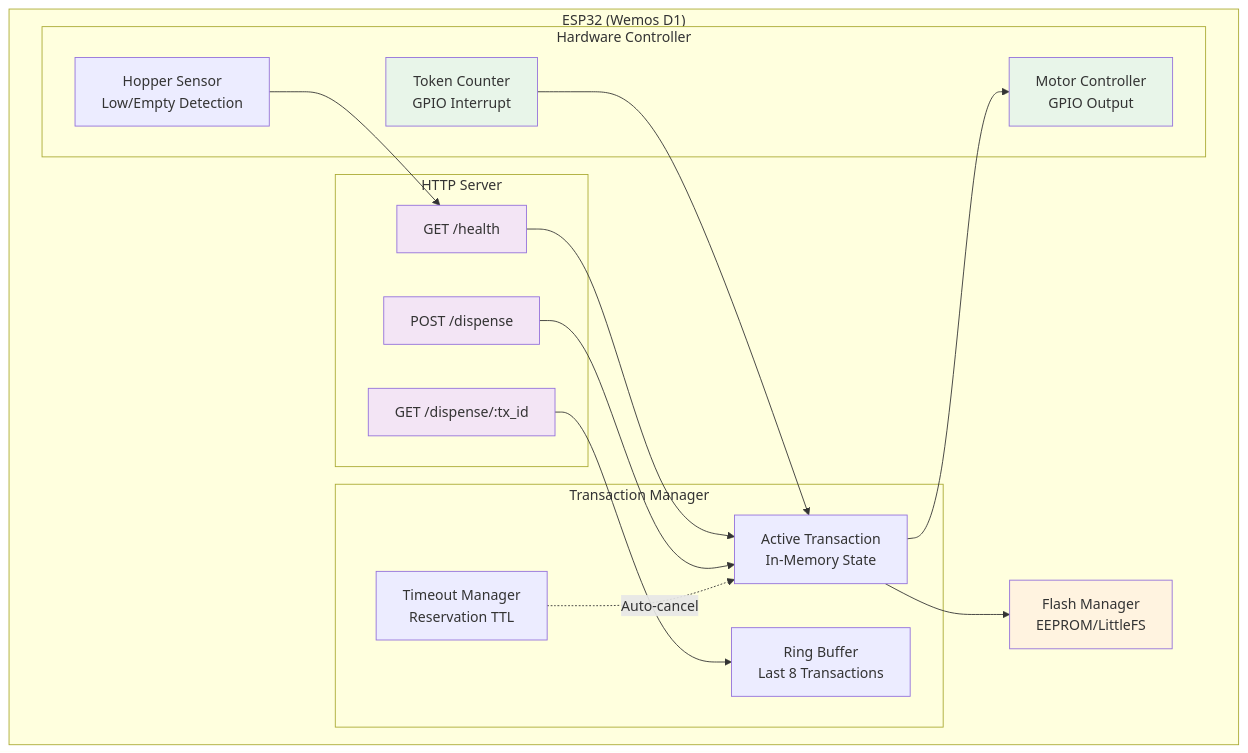
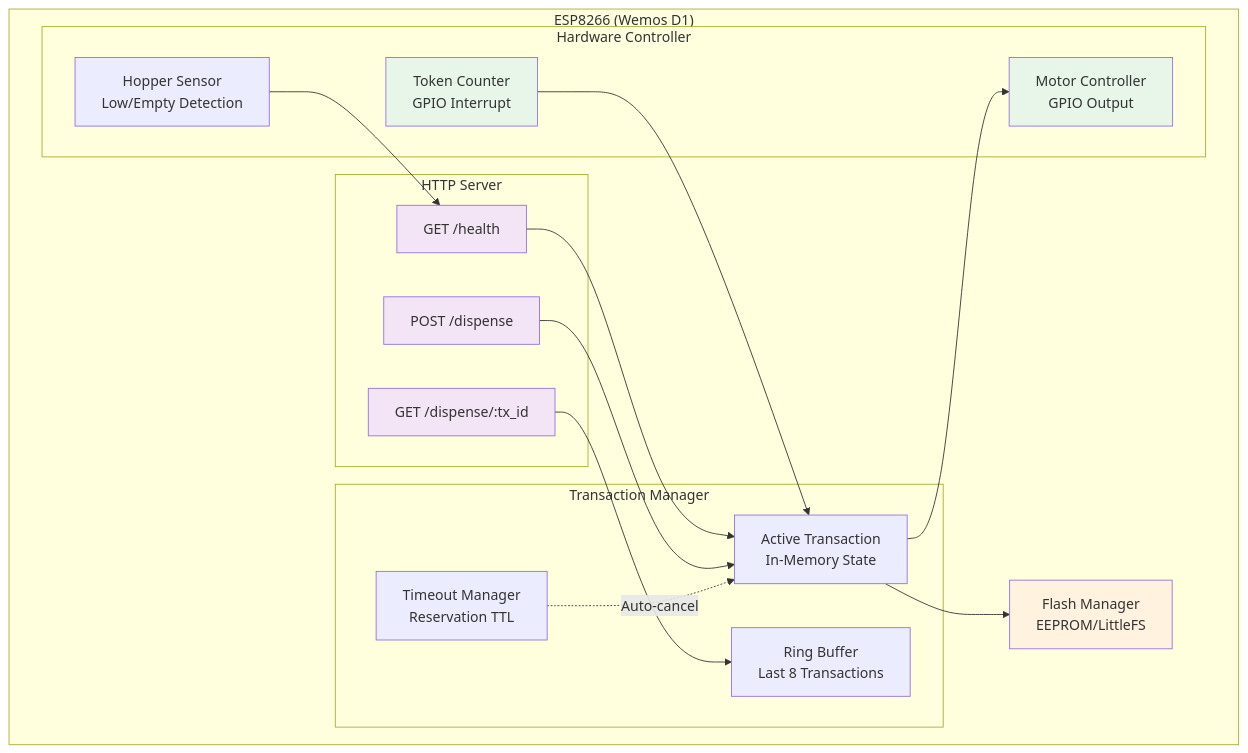
One commit to dgloeckner/remote-token-dispenser changed the fourth of 26 diagrams in ARCHITECTURE.md. Above: the diagram before and after it, drawn with Mermaid. The commit also changed other lines of this file and 21 other files, not shown here.

````diff
--- a/ARCHITECTURE.md
+++ b/ARCHITECTURE.md
@@ -217,42 +217,42 @@
 ```mermaid
 graph TB
-    subgraph "ESP32 (Wemos D1)"
+    subgraph "ESP8266 (Wemos D1)"
         subgraph "HTTP Server"
             HealthEndpoint[GET /health]
             DispenseEndpoint[POST /dispense]
             StatusEndpoint[GET /dispense/:tx_id]
         end
 
         subgraph "Transaction Manager"
             ActiveTx[Active Transaction<br/>In-Memory State]
             History[Ring Buffer<br/>Last 8 Transactions]
             Timers[Timeout Manager<br/>Reservation TTL]
         end
 
         subgraph "Hardware Controller"
             MotorCtrl[Motor Controller<br/>GPIO Output]
             TokenCounter[Token Counter<br/>GPIO Interrupt]
             HopperSensor[Hopper Sensor<br/>Low/Empty Detection]
         end
 
         FlashMgr[Flash Manager<br/>EEPROM/LittleFS]
     end
 
     HealthEndpoint --> ActiveTx
     DispenseEndpoint --> ActiveTx
     StatusEndpoint --> History
 
     ActiveTx --> FlashMgr
     ActiveTx --> MotorCtrl
     TokenCounter --> ActiveTx
     HopperSensor --> HealthEndpoint
 
     Timers -.->|Auto-cancel| ActiveTx
 
     style HealthEndpoint fill:#f3e5f5
     style DispenseEndpoint fill:#f3e5f5
     style StatusEndpoint fill:#f3e5f5
     style FlashMgr fill:#fff3e0
     style MotorCtrl fill:#e8f5e9
     style TokenCounter fill:#e8f5e9
 ```
````
